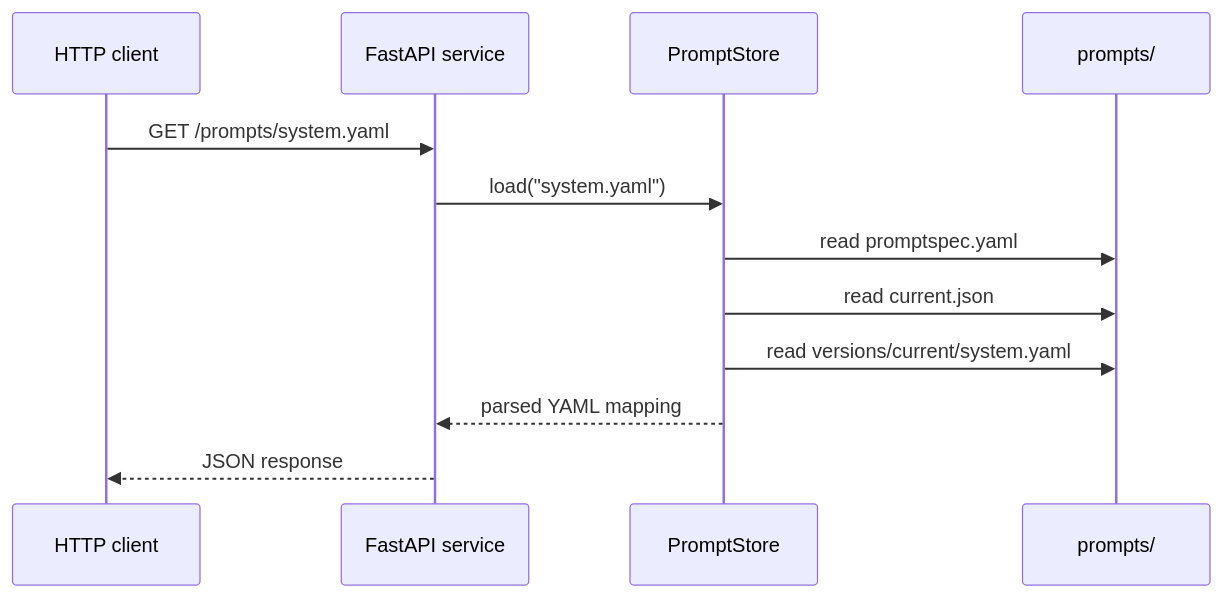
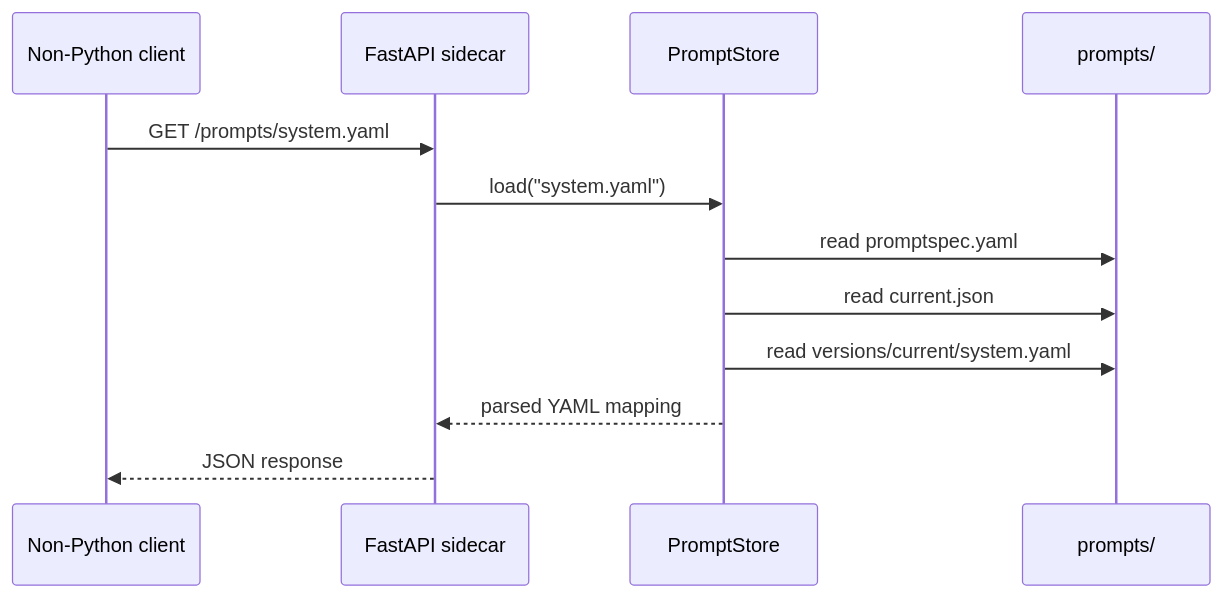
The fourth of 4 diagrams in dev-docs/ARCHITECTURE.md (hsanchez/promptory), drawn with Mermaid before and after one commit. The commit also changed other lines of this file and 3 other files, not shown here.

````diff
--- a/dev-docs/ARCHITECTURE.md
+++ b/dev-docs/ARCHITECTURE.md
@@ -282,15 +282,15 @@
 ```mermaid
 sequenceDiagram
-  participant Client as HTTP client
-  participant API as FastAPI service
+  participant Client as Non-Python client
+  participant API as FastAPI sidecar
   participant Store as PromptStore
   participant Files as prompts/
 
   Client->>API: GET /prompts/system.yaml
   API->>Store: load("system.yaml")
   Store->>Files: read promptspec.yaml
   Store->>Files: read current.json
   Store->>Files: read versions/current/system.yaml
   Store-->>API: parsed YAML mapping
   API-->>Client: JSON response
 ```
````
